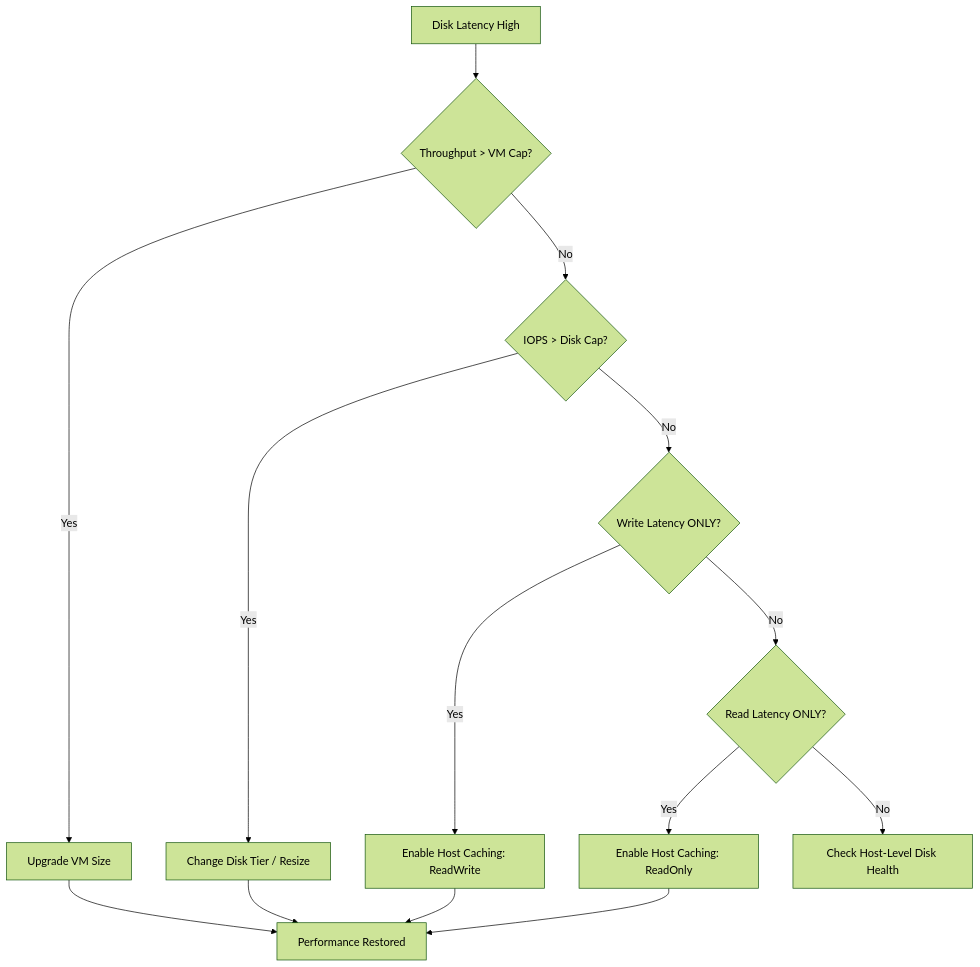
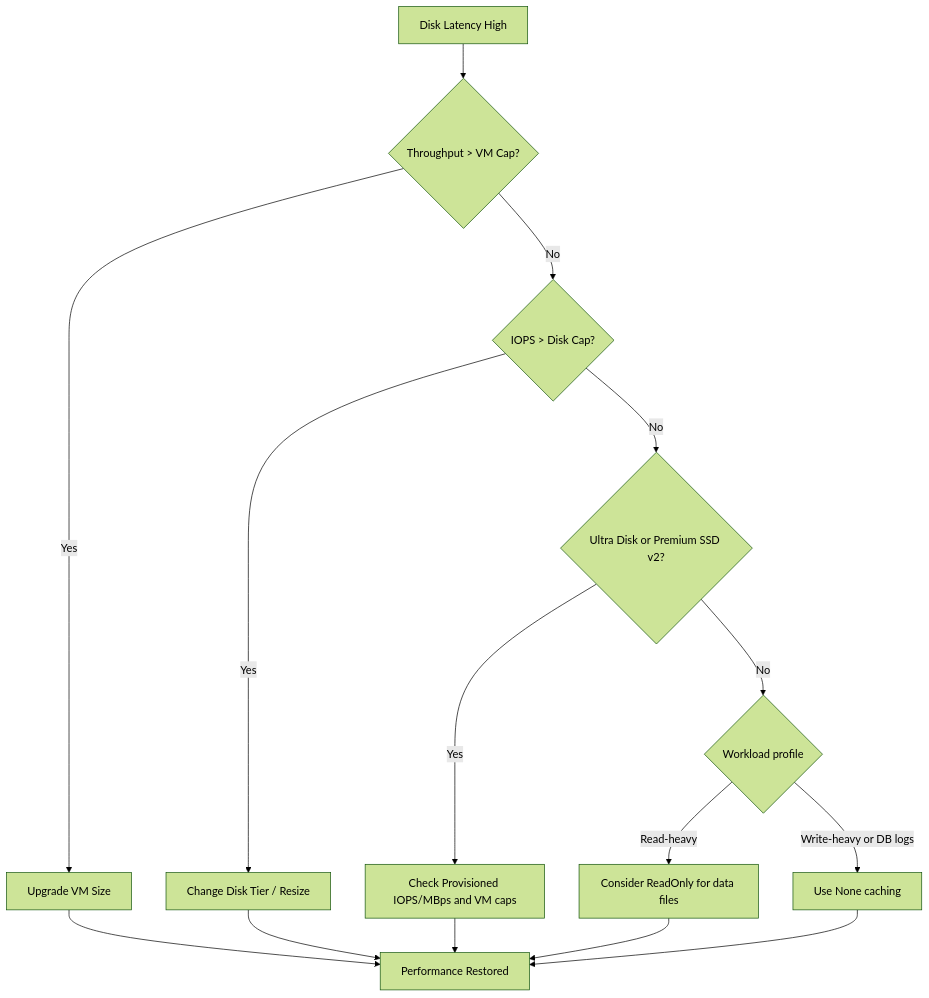
The diagram in docs/troubleshooting/disk-performance-issues.md (yeongseon/azure-virtual-machine-practical-guide), drawn with Mermaid (forest theme) before and after one commit. The commit also changed other lines of this file and 44 other files, not shown here.

````diff
--- a/docs/troubleshooting/disk-performance-issues.md
+++ b/docs/troubleshooting/disk-performance-issues.md
@@ -19,16 +19,17 @@
 ```mermaid
 graph TD
     A[Disk Latency High] --> B{Throughput > VM Cap?}
     B -- Yes --> C[Upgrade VM Size]
     B -- No --> D{IOPS > Disk Cap?}
     D -- Yes --> E[Change Disk Tier / Resize]
-    D -- No --> F{Write Latency ONLY?}
-    F -- Yes --> G[Enable Host Caching: ReadWrite]
-    F -- No --> H{Read Latency ONLY?}
-    H -- Yes --> I[Enable Host Caching: ReadOnly]
-    H -- No --> J[Check Host-Level Disk Health]
+    D -- No --> F{Ultra Disk or Premium SSD v2?}
+    F -- Yes --> G[Check Provisioned IOPS/MBps and VM caps]
+    F -- No --> H{Workload profile}
+    H -- Read-heavy --> I[Consider ReadOnly for data files]
+    H -- Write-heavy or DB logs --> J[Use None caching]
     C --> K[Performance Restored]
     E --> K
     G --> K
     I --> K
+    J --> K
 ```
````
